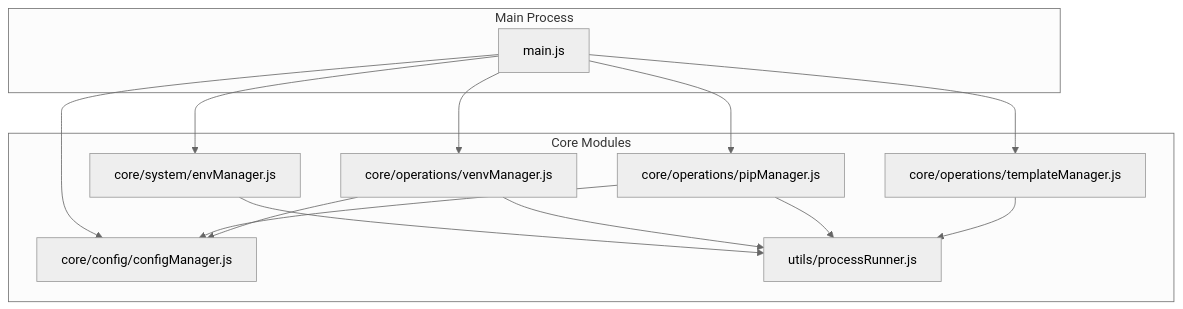
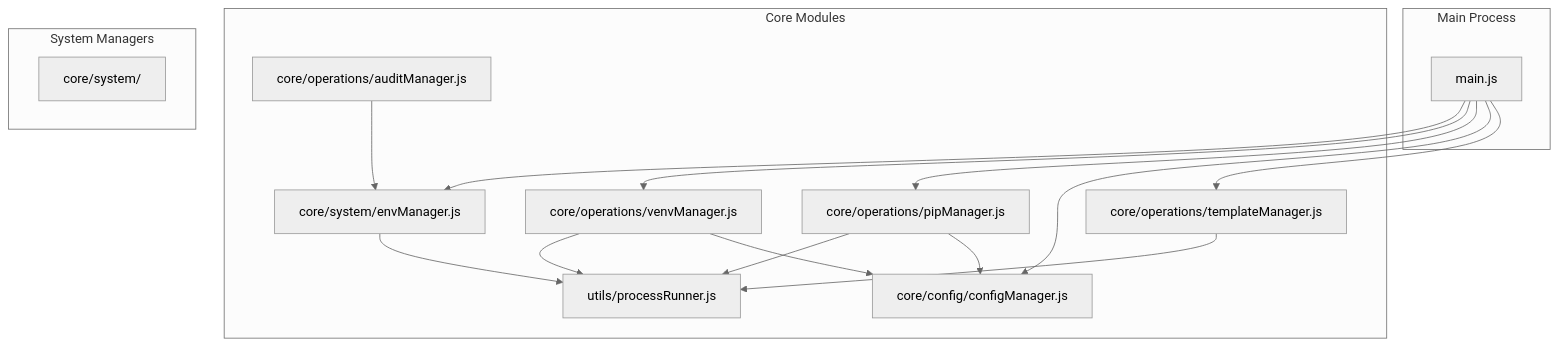
Before and after one commit to SoftheartedYYC/PyLibMaster: the first of 9 diagrams in docs/en/content/Core Features/Environment Management/Environment Management.md, drawn with Mermaid (neutral theme). The commit also changed other lines of this file and 72 other files, not shown here.

````diff
--- a/docs/en/content/Core Features/Environment Management/Environment Management.md
+++ b/docs/en/content/Core Features/Environment Management/Environment Management.md
@@ -32,25 +40,30 @@
 ```mermaid
 graph TB
 subgraph "Main Process"
 M["main.js"]
 end
 subgraph "Core Modules"
 E["core/system/envManager.js"]
 V["core/operations/venvManager.js"]
 P["core/operations/pipManager.js"]
 C["core/config/configManager.js"]
 T["core/operations/templateManager.js"]
 R["utils/processRunner.js"]
+A["core/operations/auditManager.js"]
+end
+subgraph "System Managers"
+SM["core/system/"]
 end
 M --> E
 M --> V
 M --> P
 M --> C
 M --> T
 E --> R
 V --> R
 P --> R
 P --> C
 V --> C
 T --> R
+A --> E
 ```
````
